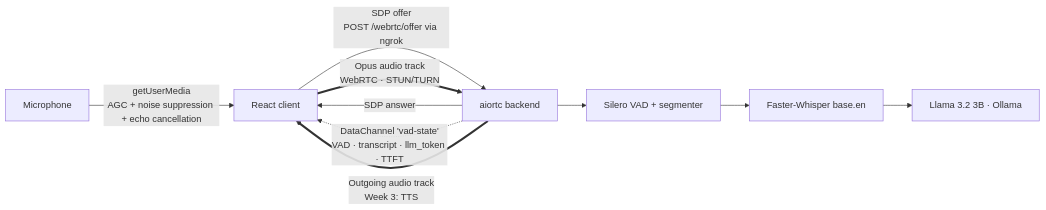
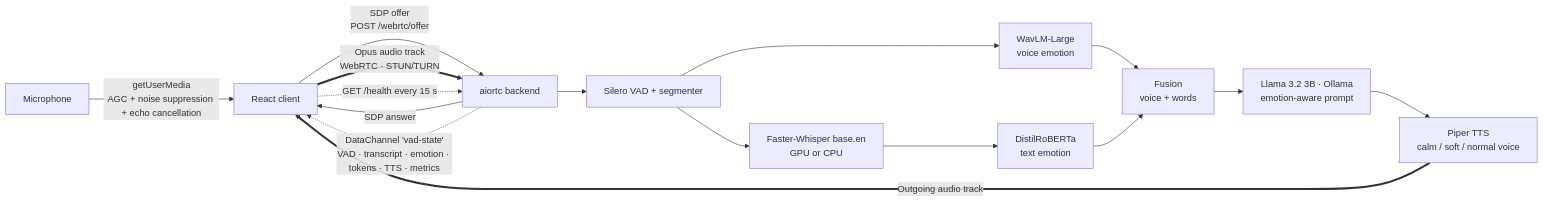
One commit to Ankit-builds1/Auralis changed the diagram in README.md. Above: the diagram before and after it, drawn with Mermaid. The commit also changed other lines of this file, not shown here.

First line of the commit message:
docs(frontend): Week 3 Day 7 README - emotion + voice features, test mode, latency audit, backend modes, final demo checklist

````diff
--- a/README.md
+++ b/README.md
@@ -27,12 +27,18 @@
 ```mermaid
 flowchart LR
     A[Microphone] -->|getUserMedia<br/>AGC + noise suppression + echo cancellation| B[React client]
-    B -->|SDP offer<br/>POST /webrtc/offer via ngrok| C[aiortc backend]
+    B -->|SDP offer<br/>POST /webrtc/offer| C[aiortc backend]
     C -->|SDP answer| B
     B ==>|Opus audio track<br/>WebRTC · STUN/TURN| C
     C --> D[Silero VAD + segmenter]
-    D --> E[Faster-Whisper base.en]
-    E --> F[Llama 3.2 3B · Ollama]
-    C -.->|DataChannel 'vad-state'<br/>VAD · transcript · llm_token · TTFT| B
-    C ==>|Outgoing audio track<br/>Week 3: TTS| B
+    D --> E[Faster-Whisper base.en<br/>GPU or CPU]
+    D --> W[WavLM-Large<br/>voice emotion]
+    E --> T[DistilRoBERTa<br/>text emotion]
+    W --> FU[Fusion<br/>voice + words]
+    T --> FU
+    FU --> F[Llama 3.2 3B · Ollama<br/>emotion-aware prompt]
+    F --> P[Piper TTS<br/>calm / soft / normal voice]
+    P ==>|Outgoing audio track| B
+    C -.->|DataChannel 'vad-state'<br/>VAD · transcript · emotion · tokens · TTS · metrics| B
+    B -.->|GET /health every 15 s| C
 ```
````
